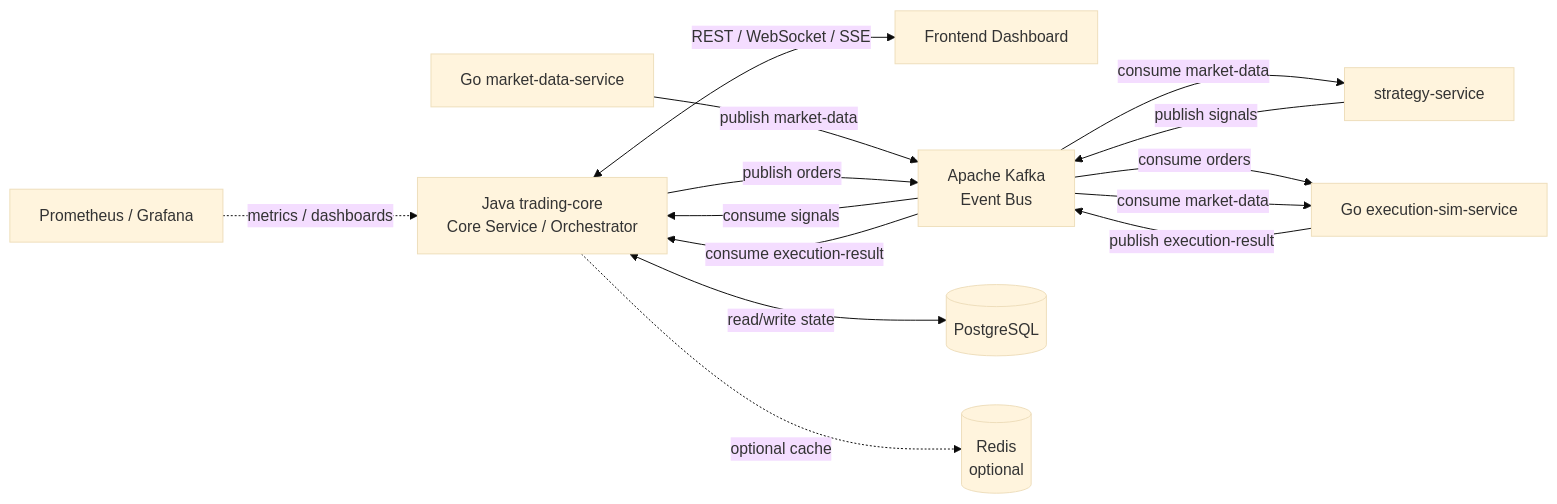
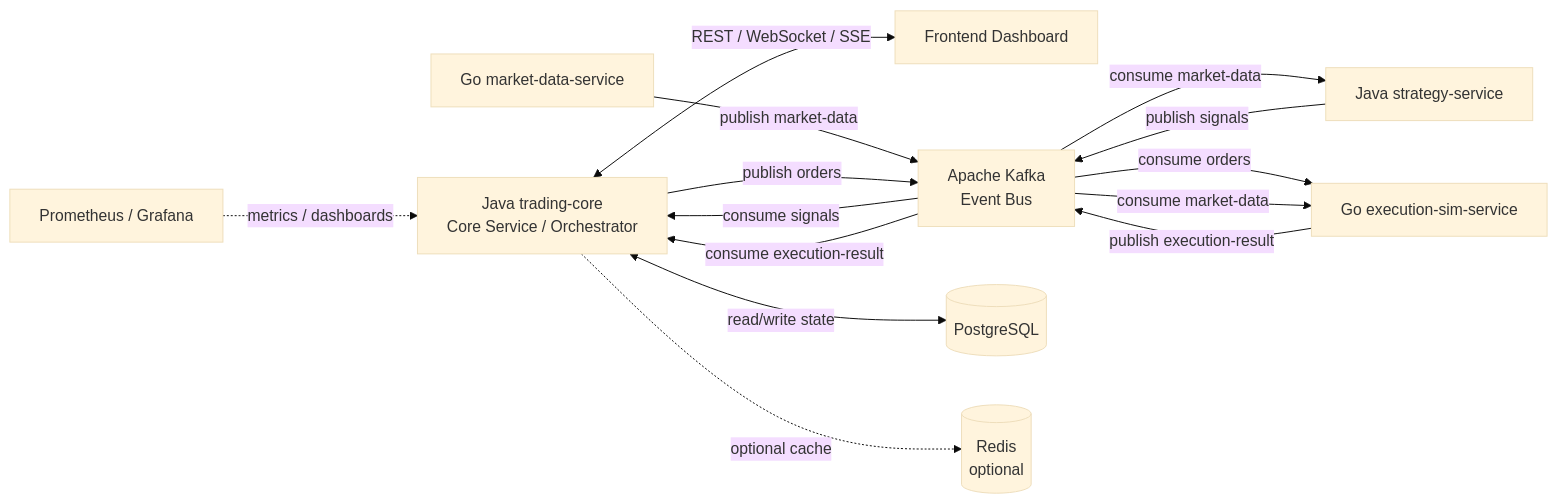
One commit to AlexToday111/DNP-proj.-Trading-system- changed the diagram in README.md. Above: the diagram before and after it, drawn with Mermaid (base theme). The commit also changed other lines of this file and 28 other files, not shown here.

Commit message:
chore(backend/java): add java strategy service

````diff
--- a/README.md
+++ b/README.md
@@ -86,26 +86,26 @@
 ```mermaid
 flowchart LR
     FE["Frontend Dashboard"]
     CORE["Java trading-core<br/>Core Service / Orchestrator"]
     KAFKA["Apache Kafka<br/>Event Bus"]
     MD["Go market-data-service"]
-    STRATEGY["strategy-service"]
+    STRATEGY["Java strategy-service"]
     EXEC["Go execution-sim-service"]
     DB[("PostgreSQL")]
     REDIS[("Redis<br/>optional")]
     OBS["Prometheus / Grafana"]
 
     MD -->|"publish market-data"| KAFKA
     KAFKA -->|"consume market-data"| STRATEGY
     STRATEGY -->|"publish signals"| KAFKA
     KAFKA -->|"consume signals"| CORE
     CORE -->|"publish orders"| KAFKA
     KAFKA -->|"consume orders"| EXEC
     KAFKA -->|"consume market-data"| EXEC
     EXEC -->|"publish execution-result"| KAFKA
     KAFKA -->|"consume execution-result"| CORE
     CORE <-->|"REST / WebSocket / SSE"| FE
     CORE <-->|"read/write state"| DB
     CORE -.->|"optional cache"| REDIS
     OBS -.->|"metrics / dashboards"| CORE
 ```
````
